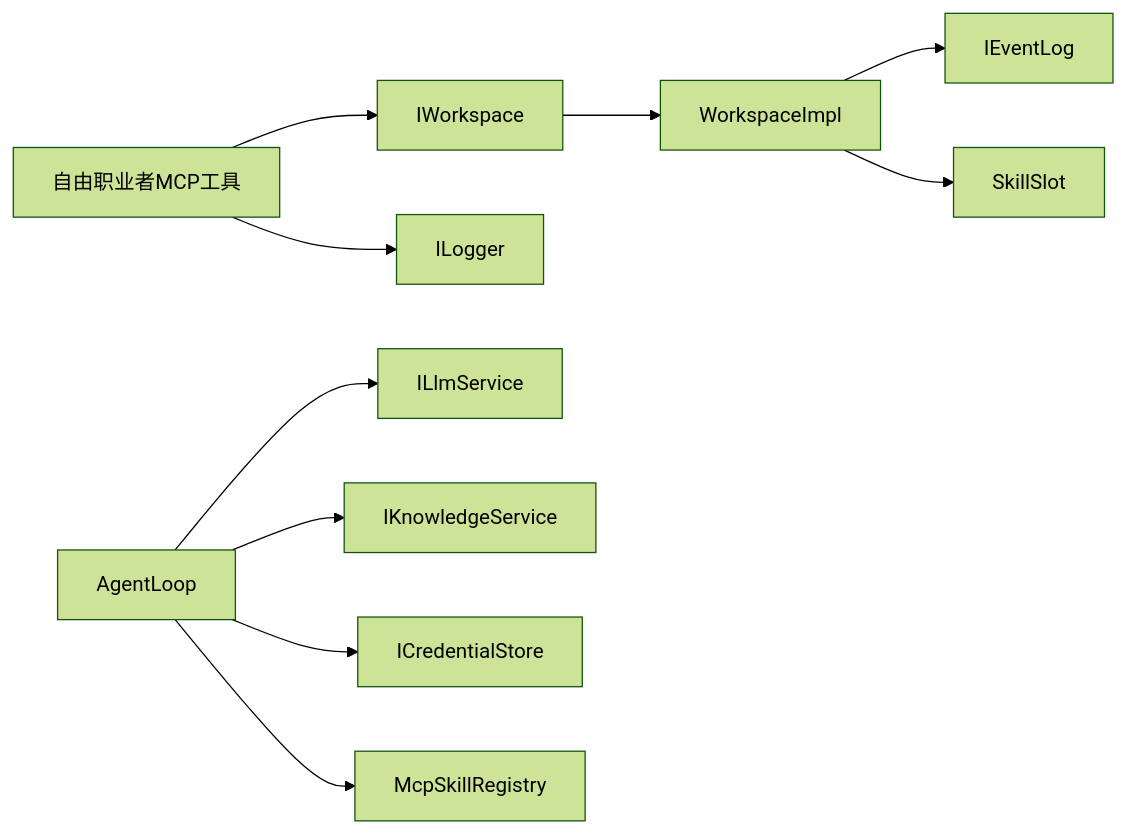
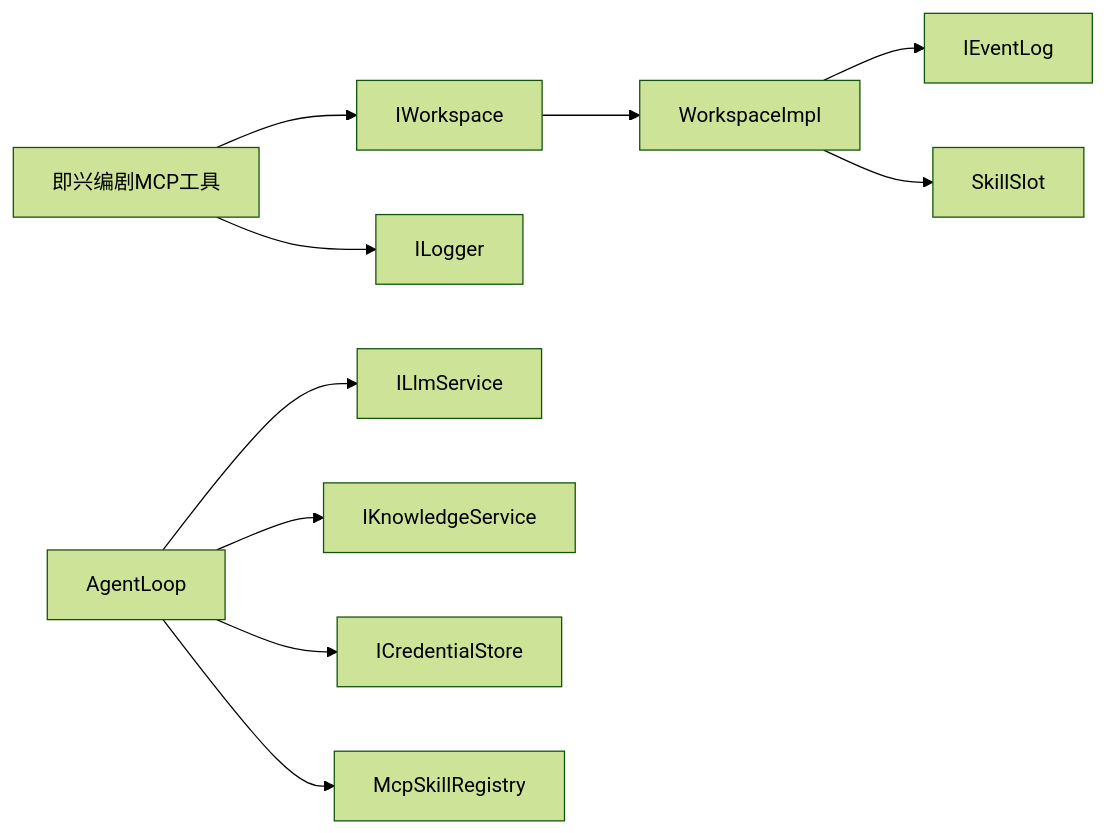
The seventh of 7 diagrams in .qoder/repowiki/zh/content/核心架构设计/多代理协作架构/自由职业者代理系统.md (suzvka/RimLife), drawn with Mermaid (forest theme) before and after one commit. The commit also changed other lines of this file and 26 other files, not shown here.

````diff
--- a/.qoder/repowiki/zh/content/核心架构设计/多代理协作架构/自由职业者代理系统.md
+++ b/.qoder/repowiki/zh/content/核心架构设计/多代理协作架构/自由职业者代理系统.md
@@ -292,12 +294,12 @@
 ```mermaid
 graph LR
-FMP["自由职业者MCP工具"] --> WS["IWorkspace"]
-FMP --> LOG["ILogger"]
+IMP["即兴编剧MCP工具"] --> WS["IWorkspace"]
+IMP --> LOG["ILogger"]
 WS --> WMI["WorkspaceImpl"]
 WMI --> EVT["IEventLog"]
 WMI --> SKL["SkillSlot"]
 AL["AgentLoop"] --> LLM["ILlmService"]
 AL --> KGS["IKnowledgeService"]
 AL --> CRS["ICredentialStore"]
 AL --> REG["McpSkillRegistry"]
 ```
````
